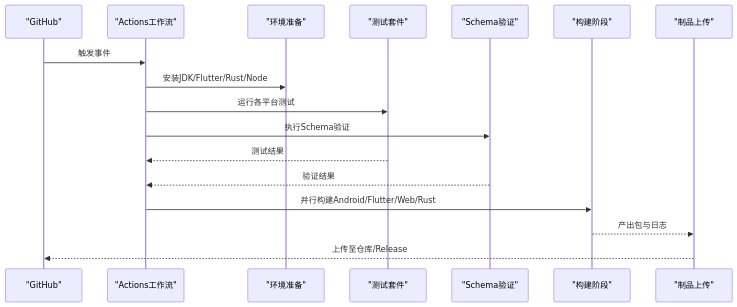
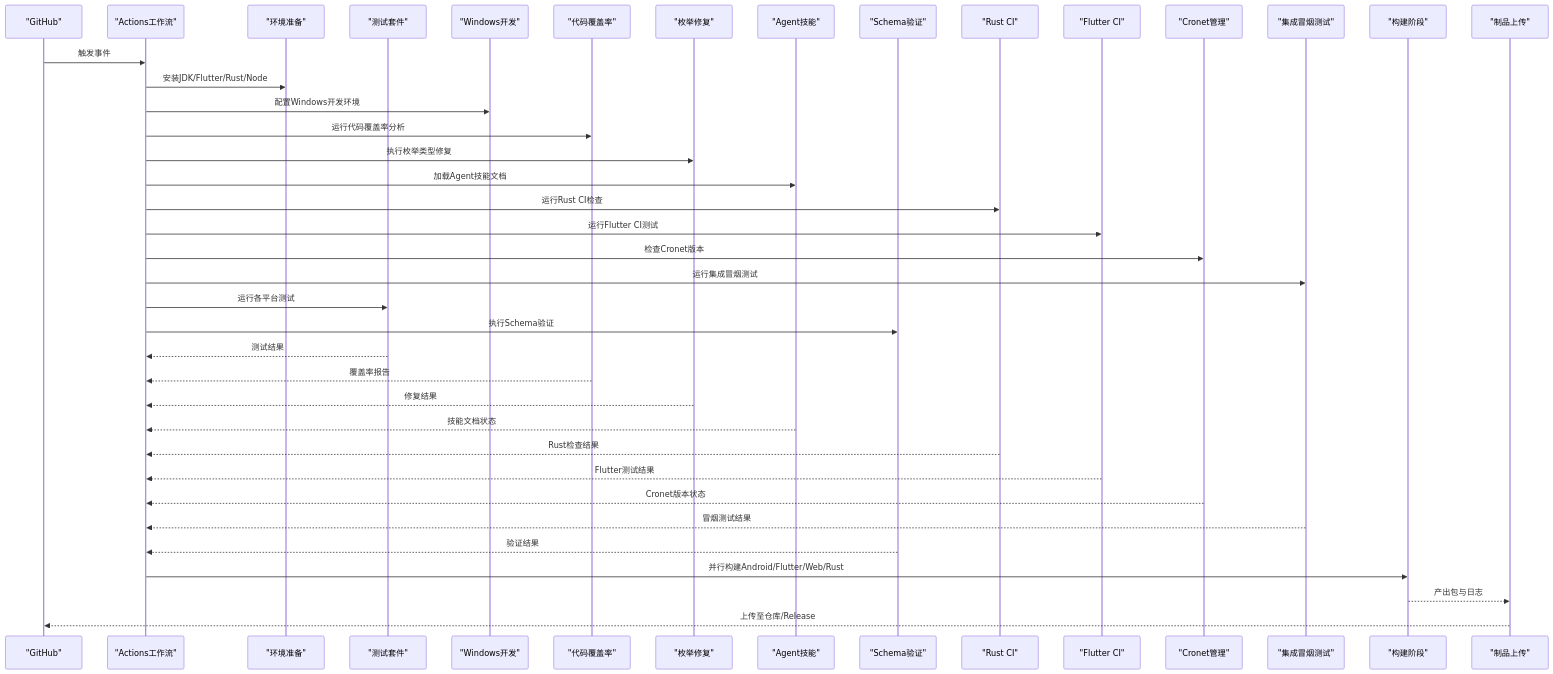
Before and after one commit to ZhangGHGitHub/LegadoTeamFlutter: diagram 15 of 16 in .qoder/repowiki/zh/content/构建和部署/构建和部署.md, drawn with Mermaid. The commit also changed other lines of this file and 173 other files, not shown here.

````diff
--- a/.qoder/repowiki/zh/content/构建和部署/构建和部署.md
+++ b/.qoder/repowiki/zh/content/构建和部署/构建和部署.md
@@ -470,19 +857,42 @@
 ```mermaid
 sequenceDiagram
 participant GH as "GitHub"
 participant WF as "Actions工作流"
 participant ENV as "环境准备"
 participant TEST as "测试套件"
+participant WIN as "Windows开发"
+participant COV as "代码覆盖率"
+participant ENUM as "枚举修复"
+participant AGENT as "Agent技能"
 participant SCHEMA as "Schema验证"
+participant RUSTCI as "Rust CI"
+participant FLUTTERCI as "Flutter CI"
+participant CRONET as "Cronet管理"
+participant INTEGRATION as "集成冒烟测试"
 participant BUILD as "构建阶段"
 participant ART as "制品上传"
 GH->>WF : 触发事件
 WF->>ENV : 安装JDK/Flutter/Rust/Node
+WF->>WIN : 配置Windows开发环境
+WF->>COV : 运行代码覆盖率分析
+WF->>ENUM : 执行枚举类型修复
+WF->>AGENT : 加载Agent技能文档
+WF->>RUSTCI : 运行Rust CI检查
+WF->>FLUTTERCI : 运行Flutter CI测试
+WF->>CRONET : 检查Cronet版本
+WF->>INTEGRATION : 运行集成冒烟测试
 WF->>TEST : 运行各平台测试
 WF->>SCHEMA : 执行Schema验证
 TEST-->>WF : 测试结果
+COV-->>WF : 覆盖率报告
+ENUM-->>WF : 修复结果
+AGENT-->>WF : 技能文档状态
+RUSTCI-->>WF : Rust检查结果
+FLUTTERCI-->>WF : Flutter测试结果
+CRONET-->>WF : Cronet版本状态
+INTEGRATION-->>WF : 冒烟测试结果
 SCHEMA-->>WF : 验证结果
 WF->>BUILD : 并行构建Android/Flutter/Web/Rust
 BUILD-->>ART : 产出包与日志
 ART-->>GH : 上传至仓库/Release
 ```
````
